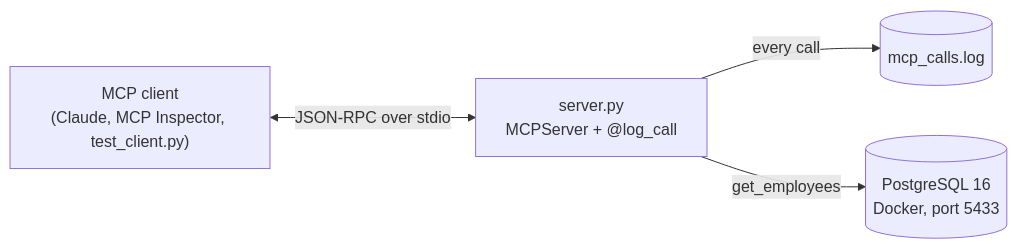
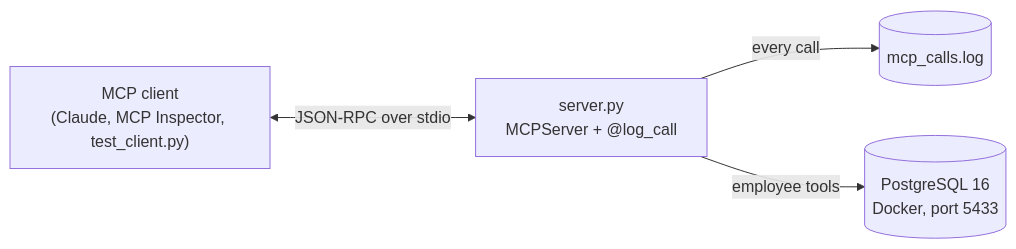
One commit to sluganesh/mcp-coreconcepts changed the diagram in README.md. Above: the diagram before and after it, drawn with Mermaid. The commit also changed other lines of this file and 4 other files, not shown here.

First line of the commit message:
Add typed employee results, write tools, and tool annotations

````diff
--- a/README.md
+++ b/README.md
@@ -21,11 +23,11 @@
 ```mermaid
 flowchart LR
     Client["MCP client<br/>(Claude, MCP Inspector, test_client.py)"]
     Server["server.py<br/>MCPServer + @log_call"]
     Log[("mcp_calls.log")]
     DB[("PostgreSQL 16<br/>Docker, port 5433")]
 
     Client <-- "JSON-RPC over stdio" --> Server
     Server -- "every call" --> Log
-    Server -- "get_employees" --> DB
+    Server -- "employee tools" --> DB
 ```
````
